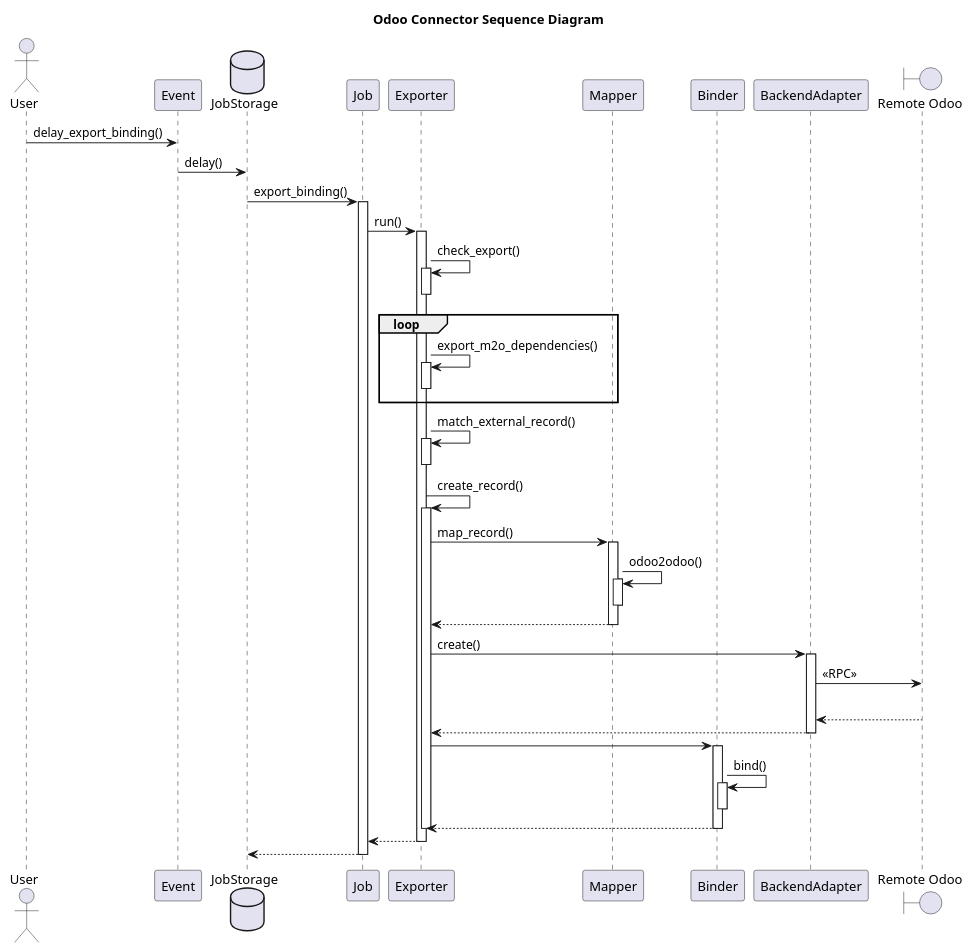
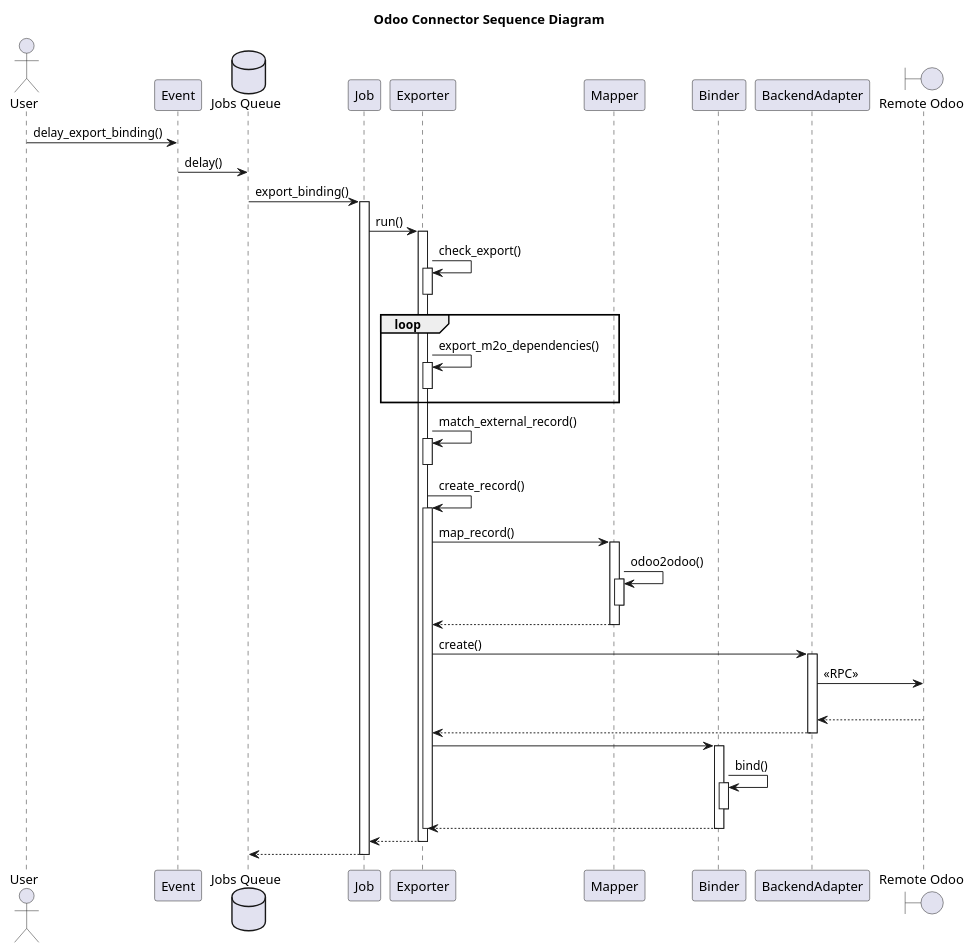
Before and after one commit to etoanik/plantuml: the diagram in Sequence/connector_odoo2odoo.puml, drawn with PlantUML.

```diff
--- a/Sequence/connector_odoo2odoo.puml
+++ b/Sequence/connector_odoo2odoo.puml
@@ -1,73 +1,73 @@
 @startuml
 title Odoo Connector Sequence Diagram
 
 actor User
 
 User -> Event: delay_export_binding()
 
-database JobStorage
-Event -> JobStorage: delay()
+database "Jobs Queue"
+Event -> "Jobs Queue": delay()
 
-JobStorage -> Job: export_binding()
+"Jobs Queue" -> Job: export_binding()
 activate Job
 
 Job -> Exporter: run()
 activate Exporter
 
 Exporter -> Exporter: check_export()
 activate Exporter
 deactivate Exporter
 
 loop
     Exporter -> Exporter: export_m2o_dependencies()
     activate Exporter
     deactivate Exporter
 end
 
 Exporter -> Exporter: match_external_record()
 activate Exporter
 deactivate Exporter
 
 Exporter -> Exporter: create_record()
 activate Exporter
 
 Exporter -> Mapper: map_record()
 activate Mapper
 
 Mapper -> Mapper: odoo2odoo()
 activate Mapper
 deactivate Mapper
 
 Exporter <-- Mapper
 deactivate Mapper
 
 participant Binder
 
 Exporter -> BackendAdapter: create()
 activate BackendAdapter
 
 boundary "Remote Odoo" as Remote
 BackendAdapter -> Remote: << RPC >>
 |||
 BackendAdapter <-- Remote
 
 Exporter <-- BackendAdapter
 deactivate BackendAdapter
 
 Exporter -> Binder
 activate Binder
 
 Binder -> Binder: bind()
 activate Binder
 deactivate Binder
 
 Exporter <-- Binder
 deactivate Binder
 deactivate Exporter
 
 Job <-- Exporter
 deactivate Exporter
 
-JobStorage <-- Job
+"Jobs Queue" <-- Job
 deactivate Job
 @enduml
```
